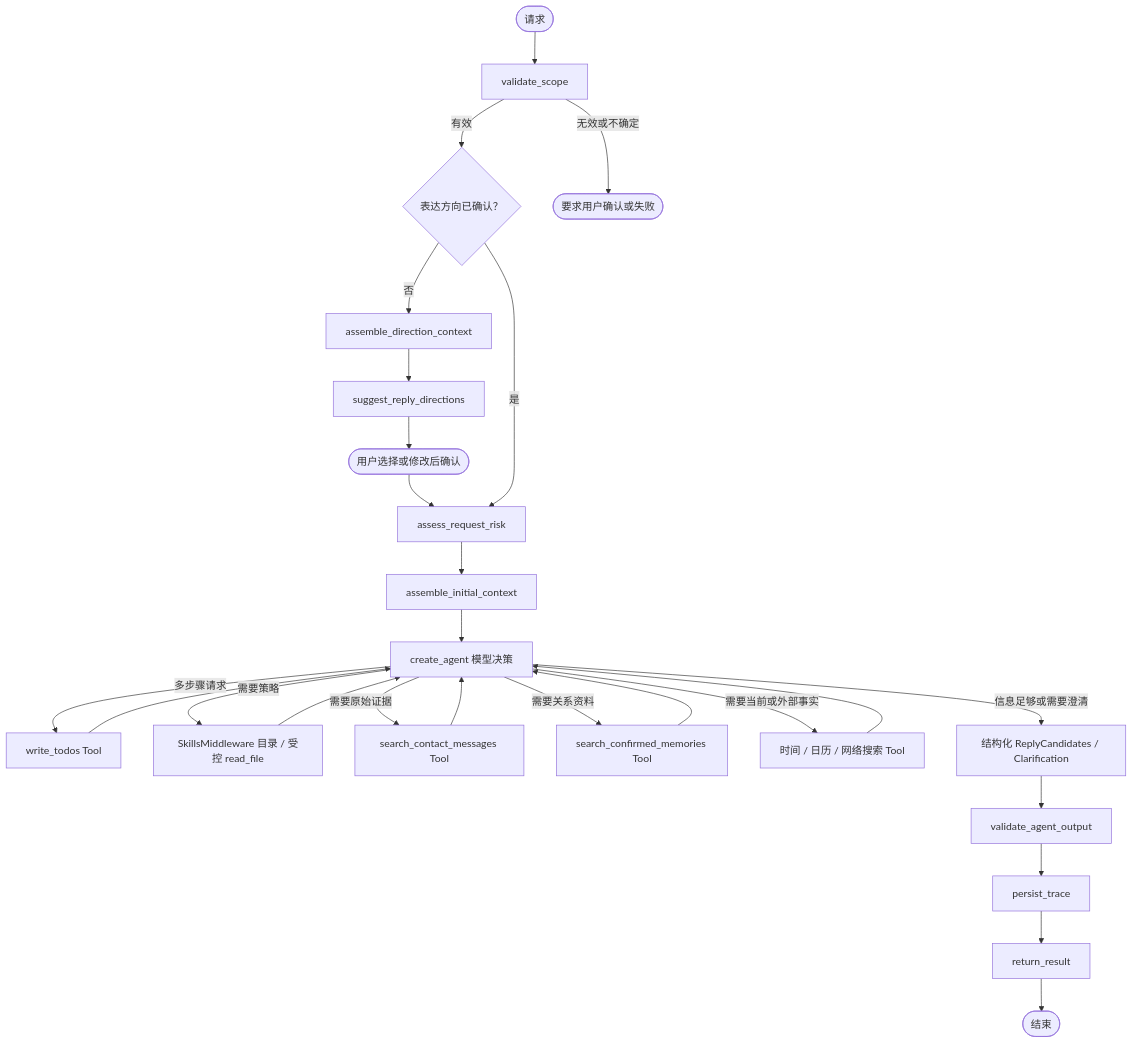
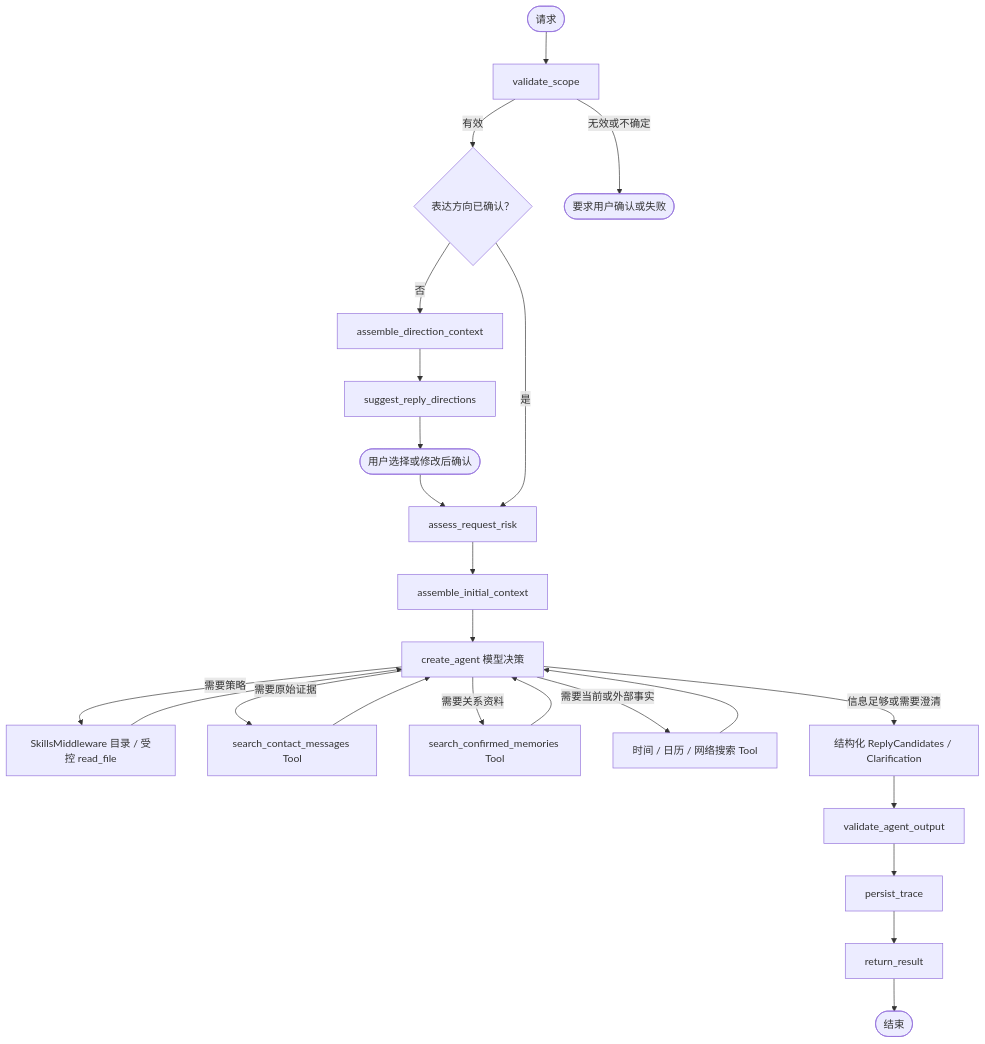
The second of 2 diagrams in architecture/drafts/agent-runtime.md (Aqua-ava/NotAlone), drawn with Mermaid before and after one commit. The commit also changed other lines of this file and 7 other files, not shown here.

````diff
--- a/architecture/drafts/agent-runtime.md
+++ b/architecture/drafts/agent-runtime.md
@@ -115,28 +115,26 @@
 ```mermaid
 flowchart TD
     Start([请求]) --> Scope["validate_scope"]
     Scope -->|有效| Direction{"表达方向已确认？"}
     Scope -->|无效或不确定| Failed([要求用户确认或失败])
     Direction -->|否| DirectionContext["assemble_direction_context"]
     DirectionContext --> Suggest["suggest_reply_directions"]
     Suggest --> Confirm([用户选择或修改后确认])
     Confirm --> Risk["assess_request_risk"]
     Direction -->|是| Risk
     Risk --> Context["assemble_initial_context"]
     Context --> Agent["create_agent 模型决策"]
-    Agent -->|多步骤请求| Todo["write_todos Tool"]
     Agent -->|需要策略| Skill["SkillsMiddleware 目录 / 受控 read_file"]
     Agent -->|需要原始证据| Messages["search_contact_messages Tool"]
     Agent -->|需要关系资料| Memories["search_confirmed_memories Tool"]
     Agent -->|需要当前或外部事实| External["时间 / 日历 / 网络搜索 Tool"]
-    Todo --> Agent
     Skill --> Agent
     Messages --> Agent
     Memories --> Agent
     External --> Agent
     Agent -->|信息足够或需要澄清| Output["结构化 ReplyCandidates / Clarification"]
     Output --> Validate["validate_agent_output"]
     Validate --> Persist["persist_trace"]
     Persist --> Return["return_result"]
     Return --> End([结束])
 ```
````
